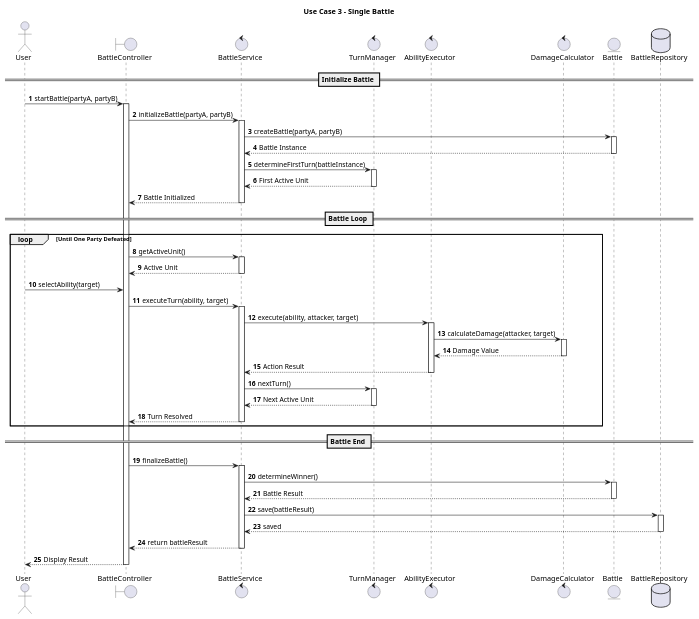
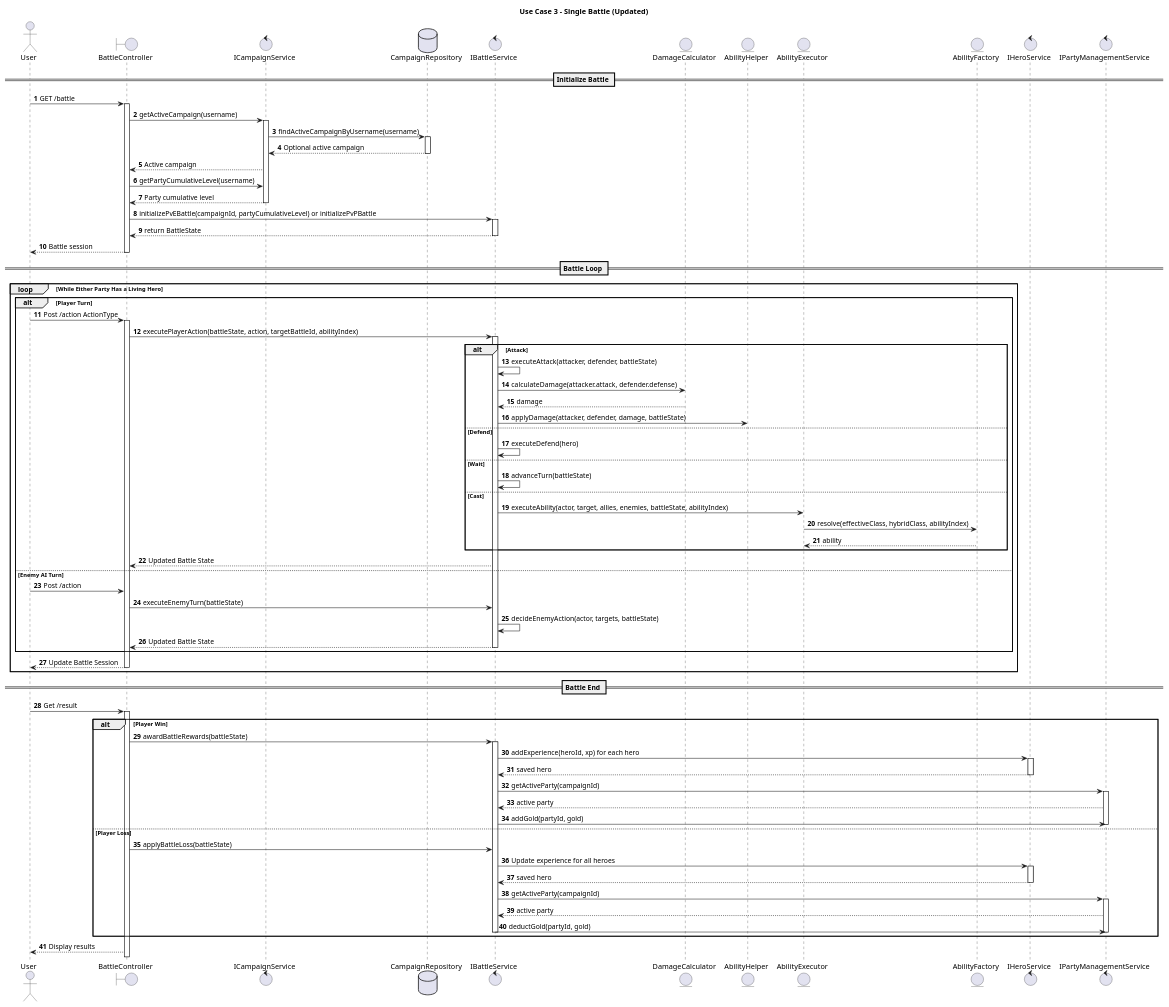
One commit to MohammedPatel-yorku/LegendsOfSwordAndWand changed the diagram in Sequence Diagrams/Use Case 3_Single Battle.puml. Above: the diagram before and after it, drawn with PlantUML. The commit also changed 15 other files, not shown here.

Commit message:
Documentation & Diagrams Updated

```diff
--- a/Sequence Diagrams/Use Case 3_Single Battle.puml
+++ b/Sequence Diagrams/Use Case 3_Single Battle.puml
@@ -1,95 +1,121 @@
 @startuml
-'https://plantuml.com/sequence-diagram
-
 autonumber
 
-title Use Case 3 - Single Battle
+skinparam responseMessageBelowArrow true
+
+title Use Case 3 - Single Battle (Updated)
 
 actor User
-
 boundary BattleController
-control BattleService
-control TurnManager
-control AbilityExecutor
-control DamageCalculator
-entity Battle
-database BattleRepository
+control ICampaignService
+database CampaignRepository
+control IBattleService
+entity DamageCalculator
+entity AbilityHelper
+entity AbilityExecutor
+entity AbilityFactory
+control IHeroService
+control IPartyManagementService
 
 == Initialize Battle ==
+User -> BattleController: GET /battle
+activate BattleController
+BattleController -> ICampaignService: getActiveCampaign(username)
+activate ICampaignService
+ICampaignService -> CampaignRepository: findActiveCampaignByUsername(username)
+activate CampaignRepository
 
-User -> BattleController: startBattle(partyA, partyB)
-activate BattleController
+CampaignRepository --> ICampaignService: Optional active campaign
+deactivate CampaignRepository
+ICampaignService --> BattleController: Active campaign
 
-BattleController -> BattleService: initializeBattle(partyA, partyB)
-activate BattleService
+BattleController -> ICampaignService: getPartyCumulativeLevel(username)
+ICampaignService --> BattleController: Party cumulative level
+deactivate ICampaignService
 
-BattleService -> Battle: createBattle(partyA, partyB)
-activate Battle
-Battle --> BattleService: Battle Instance
-deactivate Battle
-
-BattleService -> TurnManager: determineFirstTurn(battleInstance)
-activate TurnManager
-TurnManager --> BattleService: First Active Unit
-deactivate TurnManager
-
-BattleService --> BattleController: Battle Initialized
-deactivate BattleService
+BattleController -> IBattleService: initializePvEBattle(campaignId, partyCumulativeLevel) or initializePvPBattle
+activate IBattleService
+IBattleService --> BattleController: return BattleState
+deactivate IBattleService
+BattleController --> User: Battle session
+deactivate BattleController
 
 == Battle Loop ==
+loop While Either Party Has a Living Hero
+    alt Player Turn
+        User -> BattleController: Post /action ActionType
+        activate BattleController
+        BattleController -> IBattleService: executePlayerAction(battleState, action, targetBattleId, abilityIndex)
+        activate IBattleService
 
-loop Until One Party Defeated
+        alt Attack
+            IBattleService -> IBattleService: executeAttack(attacker, defender, battleState)
+            IBattleService -> DamageCalculator: calculateDamage(attacker.attack, defender.defense)
+            DamageCalculator --> IBattleService: damage
 
-    BattleController -> BattleService: getActiveUnit()
-    activate BattleService
-    BattleService --> BattleController: Active Unit
-    deactivate BattleService
+            IBattleService -> AbilityHelper: applyDamage(attacker, defender, damage, battleState)
 
-    User -> BattleController: selectAbility(target)
+        else Defend
+            IBattleService -> IBattleService: executeDefend(hero)
 
-    BattleController -> BattleService: executeTurn(ability, target)
-    activate BattleService
+        else Wait
+            IBattleService -> IBattleService: advanceTurn(battleState)
 
-    BattleService -> AbilityExecutor: execute(ability, attacker, target)
-    activate AbilityExecutor
+        else Cast
+            IBattleService -> AbilityExecutor: executeAbility(actor, target, allies, enemies, battleState, abilityIndex)
+            AbilityExecutor -> AbilityFactory: resolve(effectiveClass, hybridClass, abilityIndex)
+            AbilityFactory --> AbilityExecutor: ability
 
-    AbilityExecutor -> DamageCalculator: calculateDamage(attacker, target)
-    activate DamageCalculator
-    DamageCalculator --> AbilityExecutor: Damage Value
-    deactivate DamageCalculator
+        end
+        IBattleService --> BattleController: Updated Battle State
 
-    AbilityExecutor --> BattleService: Action Result
-    deactivate AbilityExecutor
+    else Enemy AI Turn
+        User -> BattleController: Post /action
+        BattleController -> IBattleService: executeEnemyTurn(battleState)
+        IBattleService -> IBattleService: decideEnemyAction(actor, targets, battleState)
 
-    BattleService -> TurnManager: nextTurn()
-    activate TurnManager
-    TurnManager --> BattleService: Next Active Unit
-    deactivate TurnManager
+        IBattleService --> BattleController: Updated Battle State
+        deactivate IBattleService
 
-    BattleService --> BattleController: Turn Resolved
-    deactivate BattleService
+    end
+    BattleController --> User: Update Battle Session
+    deactivate BattleController
 
 end
 
 == Battle End ==
+User -> BattleController: Get /result
+activate BattleController
+alt Player Win
+    BattleController -> IBattleService: awardBattleRewards(battleState)
+    activate IBattleService
+    IBattleService -> IHeroService: addExperience(heroId, xp) for each hero
+    activate IHeroService
+    IHeroService --> IBattleService: saved hero
+    deactivate IHeroService
 
-BattleController -> BattleService: finalizeBattle()
-activate BattleService
+    IBattleService -> IPartyManagementService: getActiveParty(campaignId)
+    activate IPartyManagementService
+    IPartyManagementService --> IBattleService: active party
+    IBattleService -> IPartyManagementService: addGold(partyId, gold)
+    deactivate IPartyManagementService
 
-BattleService -> Battle: determineWinner()
-activate Battle
-Battle --> BattleService: Battle Result
-deactivate Battle
+else Player Loss
+    BattleController -> IBattleService: applyBattleLoss(battleState)
+    IBattleService -> IHeroService: Update experience for all heroes
+    activate IHeroService
+    IHeroService --> IBattleService: saved hero
+    deactivate IHeroService
 
-BattleService -> BattleRepository: save(battleResult)
-activate BattleRepository
-BattleRepository --> BattleService: saved
-deactivate BattleRepository
+    IBattleService -> IPartyManagementService: getActiveParty(campaignId)
+    activate IPartyManagementService
+    IPartyManagementService --> IBattleService: active party
+    IBattleService -> IPartyManagementService: deductGold(partyId, gold)
+    deactivate IPartyManagementService
+    deactivate IBattleService
 
-BattleService --> BattleController: return battleResult
-deactivate BattleService
+end
 
-BattleController --> User: Display Result
-deactivate BattleController
+BattleController --> User: Display results
 
 @enduml
```
